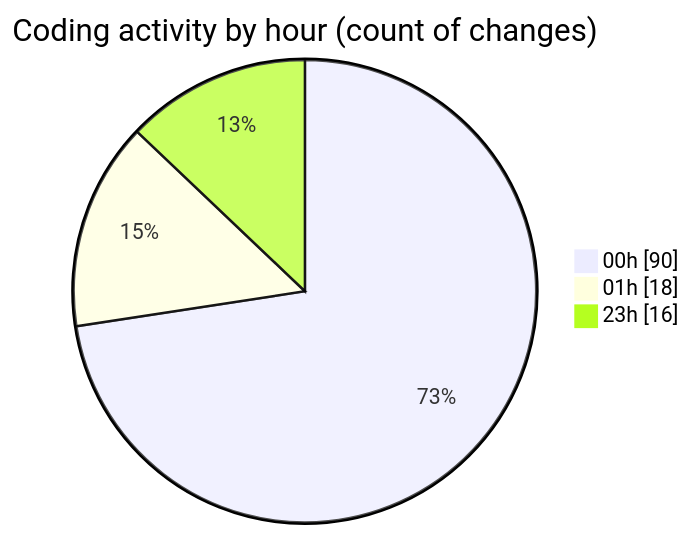
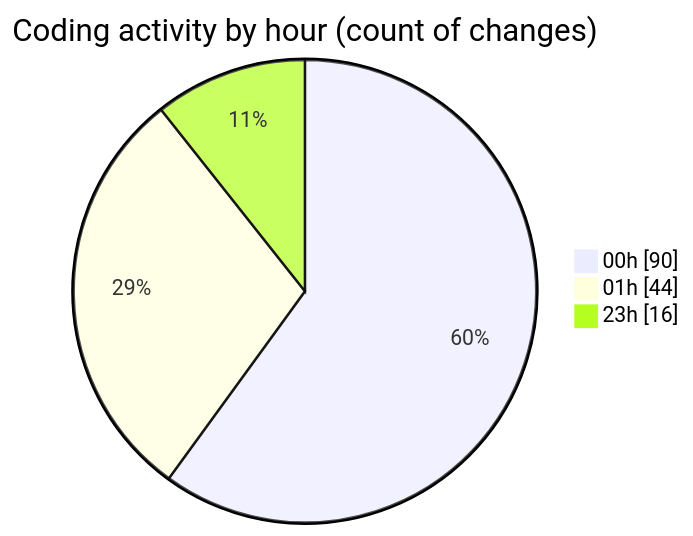
Before and after one commit to Ritupan-Deka/code-tracking: the second of 2 diagrams in 2025-05-26/projects/README.md, drawn with Mermaid. The commit also changed other lines of this file and 1 other file, not shown here.

````diff
--- a/2025-05-26/projects/README.md
+++ b/2025-05-26/projects/README.md
@@ -33,7 +33,7 @@
 ```mermaid
 pie showData
 title Coding activity by hour (count of changes)
 "00h" : 90
-"01h" : 18
+"01h" : 44
 "23h" : 16
 ```
````
